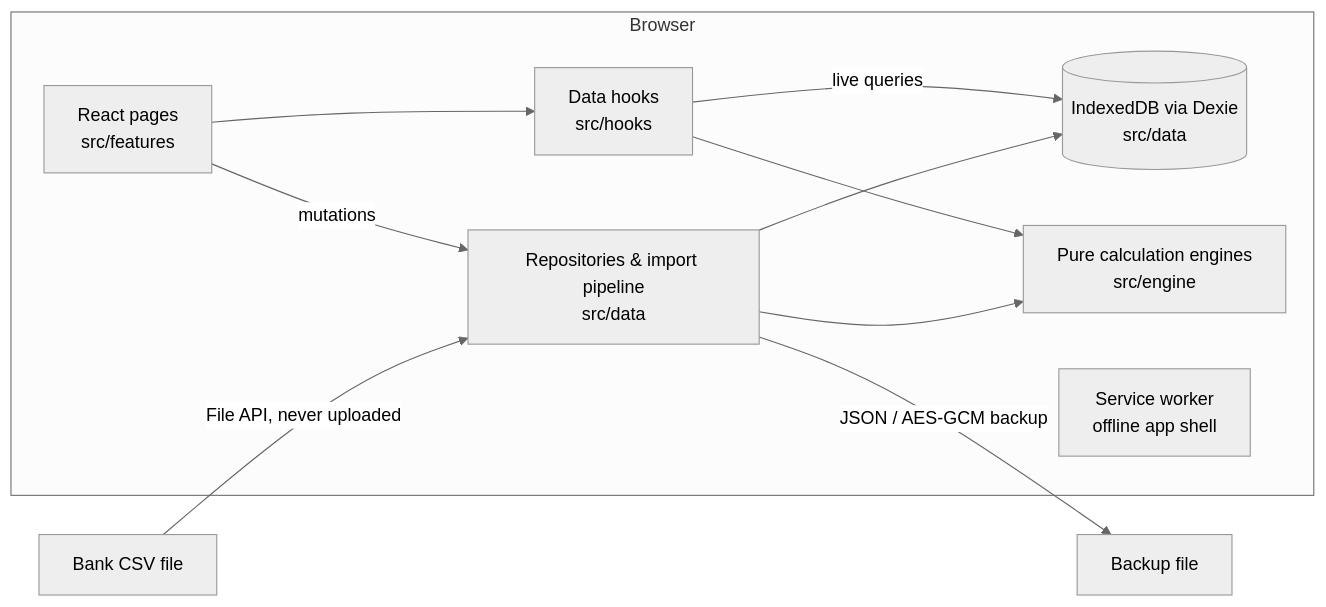
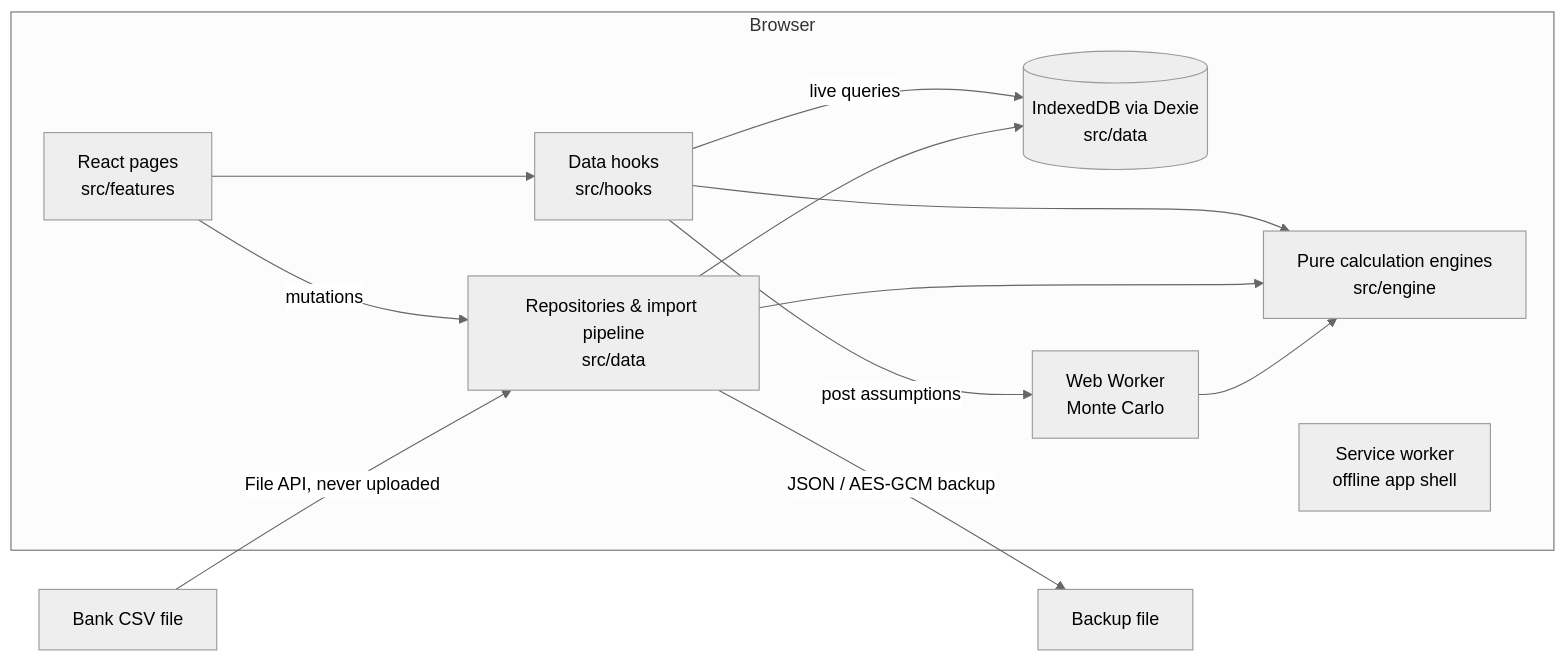
Before and after one commit to geosaurus98/DecisionLab: the first of 2 diagrams in docs/ARCHITECTURE.md, drawn with Mermaid (neutral theme). The commit also changed other lines of this file and 19 other files, not shown here.

````diff
--- a/docs/ARCHITECTURE.md
+++ b/docs/ARCHITECTURE.md
@@ -7,14 +7,16 @@
 ```mermaid
 flowchart LR
   subgraph Browser
     UI[React pages<br/>src/features] --> Hooks[Data hooks<br/>src/hooks]
     Hooks -->|live queries| Data[(IndexedDB via Dexie<br/>src/data)]
     Hooks --> Engine[Pure calculation engines<br/>src/engine]
     UI -->|mutations| Repo[Repositories & import pipeline<br/>src/data]
     Repo --> Engine
     Repo --> Data
     SW[Service worker<br/>offline app shell]
+    WW[Web Worker<br/>Monte Carlo] --> Engine
+    Hooks -->|post assumptions| WW
   end
   CSV[Bank CSV file] -->|File API, never uploaded| Repo
   Repo -->|JSON / AES-GCM backup| File[Backup file]
 ```
````
